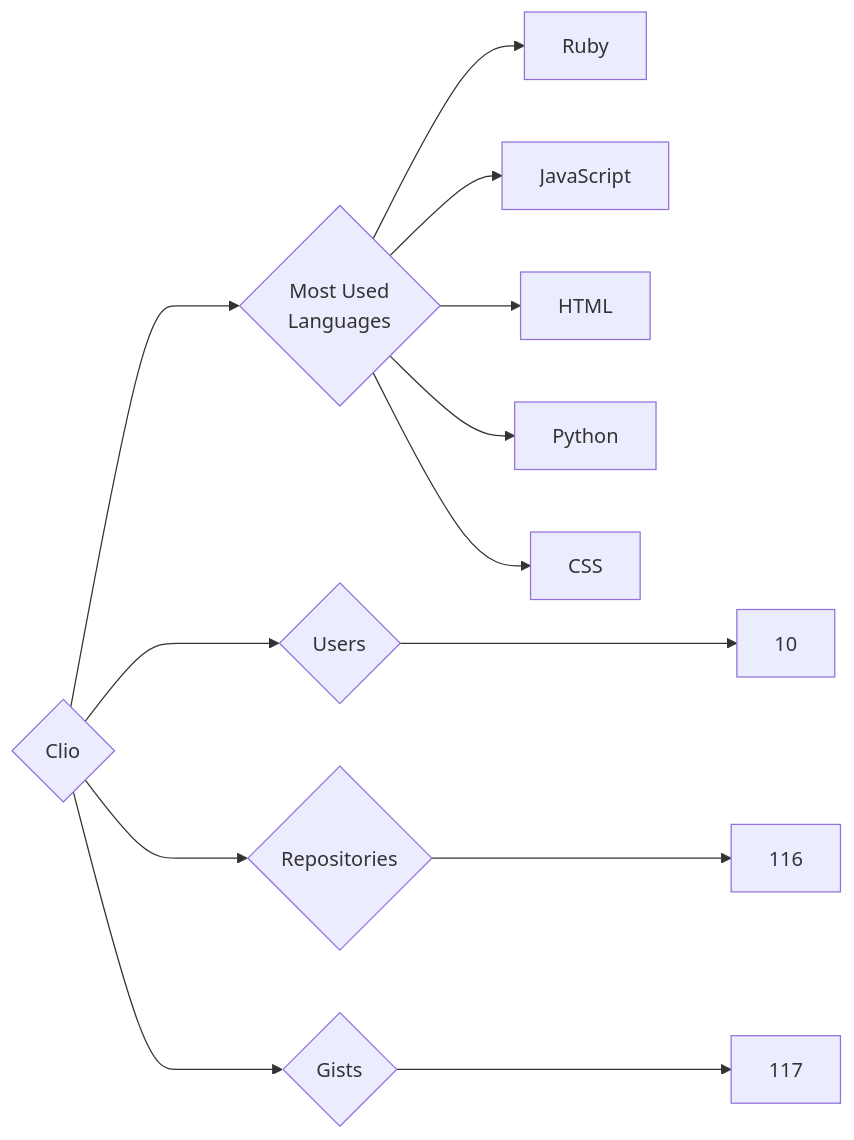
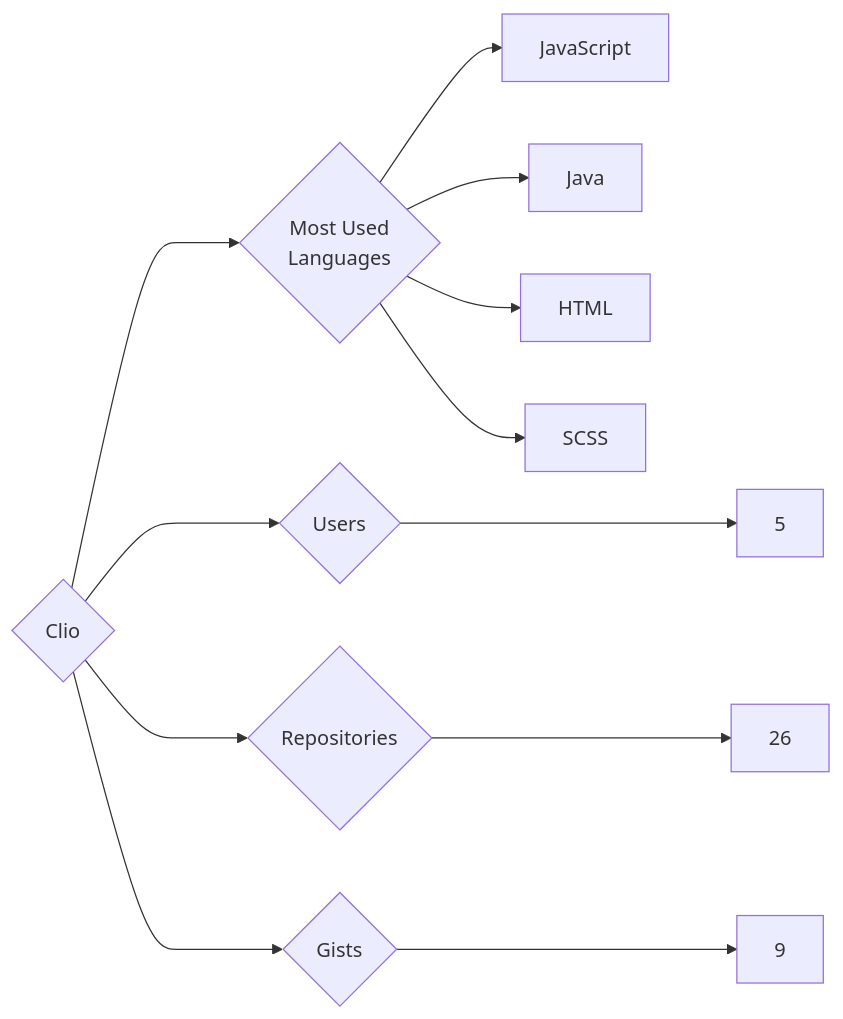
One commit to trickest/insiders changed the diagram in targets/Clio/README.md. Above: the diagram before and after it, drawn with Mermaid. The commit also changed 934 other files, not shown here.

````diff
--- a/targets/Clio/README.md
+++ b/targets/Clio/README.md
@@ -3,13 +3,12 @@
 ```mermaid
 graph LR
 COMPANY_NAME{Clio}
-COMPANY_NAME ---> U{Users} ---> UN[10]
-COMPANY_NAME ---> R{Repositories} ---> RN[116]
-COMPANY_NAME ---> G{Gists} ---> GN[117]
+COMPANY_NAME ---> U{Users} ---> UN[5]
+COMPANY_NAME ---> R{Repositories} ---> RN[26]
+COMPANY_NAME ---> G{Gists} ---> GN[9]
 COMPANY_NAME ---> ML{Most Used<br>Languages}
-ML --> Ruby[Ruby]
 ML --> JavaScript[JavaScript]
+ML --> Java[Java]
 ML --> HTML[HTML]
-ML --> Python[Python]
-ML --> CSS[CSS]
+ML --> SCSS[SCSS]
 ```
````
